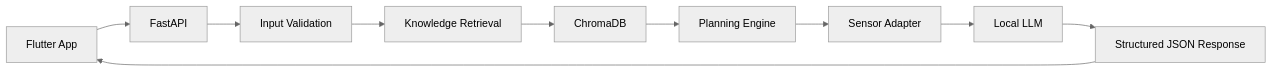
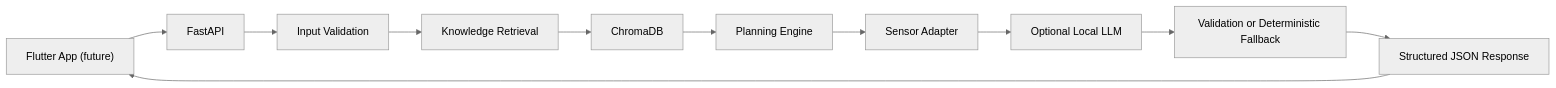
One commit to Nagy-API/ErgoStudy-AI changed the diagram in docs/system_architecture.md. Above: the diagram before and after it, drawn with Mermaid (neutral theme). The commit also changed other lines of this file and 19 other files, not shown here.

````diff
--- a/docs/system_architecture.md
+++ b/docs/system_architecture.md
@@ -5,12 +5,13 @@
 ```mermaid
 flowchart LR
-    A["Flutter App"] --> B["FastAPI"]
+    A["Flutter App (future)"] --> B["FastAPI"]
     B --> C["Input Validation"]
     C --> D["Knowledge Retrieval"]
     D --> E["ChromaDB"]
     E --> F["Planning Engine"]
     F --> G["Sensor Adapter"]
-    G --> H["Local LLM"]
-    H --> I["Structured JSON Response"]
-    I --> A
+    G --> H["Optional Local LLM"]
+    H --> I["Validation or Deterministic Fallback"]
+    I --> J["Structured JSON Response"]
+    J --> A
 ```
````
